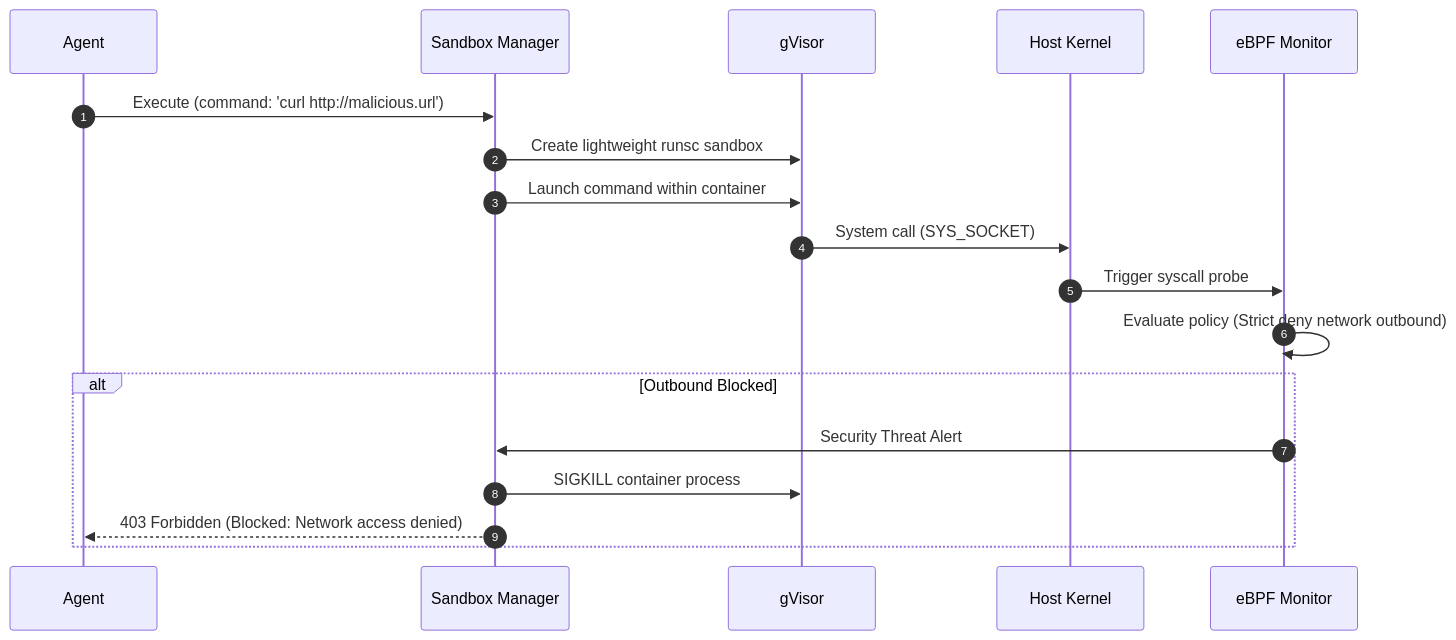
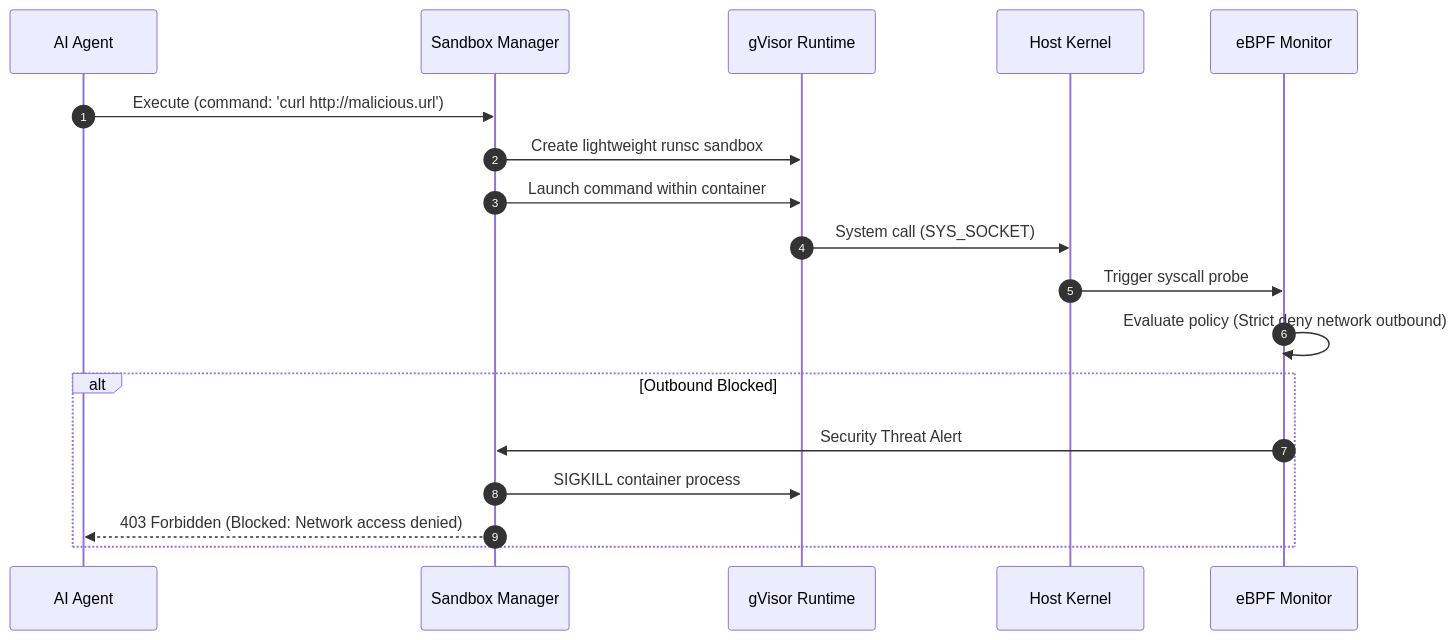
Before and after one commit to devcy0922/devcy0922.github.io: the second of 2 diagrams in docs/projects/agentsecops-playground.md, drawn with Mermaid. The commit also changed 49 other files, not shown here.

Commit message:
fix: remove image config, improve hero text style, and fix mermaid sequenceDiagram syntax

````diff
--- a/docs/projects/agentsecops-playground.md
+++ b/docs/projects/agentsecops-playground.md
@@ -46,15 +46,21 @@
 ```mermaid
 sequenceDiagram
     autonumber
-    Agent->>Sandbox Manager: Execute (command: 'curl http://malicious.url')
-    Sandbox Manager->>gVisor: Create lightweight runsc sandbox
-    Sandbox Manager->>gVisor: Launch command within container
-    gVisor->>Host Kernel: System call (SYS_SOCKET)
-    Host Kernel->>eBPF Monitor: Trigger syscall probe
-    eBPF Monitor->>eBPF Monitor: Evaluate policy (Strict deny network outbound)
+    participant Agent as AI Agent
+    participant Manager as Sandbox Manager
+    participant gVisor as gVisor Runtime
+    participant Kernel as Host Kernel
+    participant Monitor as eBPF Monitor
+
+    Agent->>Manager: Execute (command: 'curl http://malicious.url')
+    Manager->>gVisor: Create lightweight runsc sandbox
+    Manager->>gVisor: Launch command within container
+    gVisor->>Kernel: System call (SYS_SOCKET)
+    Kernel->>Monitor: Trigger syscall probe
+    Monitor->>Monitor: Evaluate policy (Strict deny network outbound)
     alt Outbound Blocked
-        eBPF Monitor->>Sandbox Manager: Security Threat Alert
-        Sandbox Manager->>gVisor: SIGKILL container process
-        Sandbox Manager-->>Agent: 403 Forbidden (Blocked: Network access denied)
+        Monitor->>Manager: Security Threat Alert
+        Manager->>gVisor: SIGKILL container process
+        Manager-->>Agent: 403 Forbidden (Blocked: Network access denied)
     end
 ```
````
